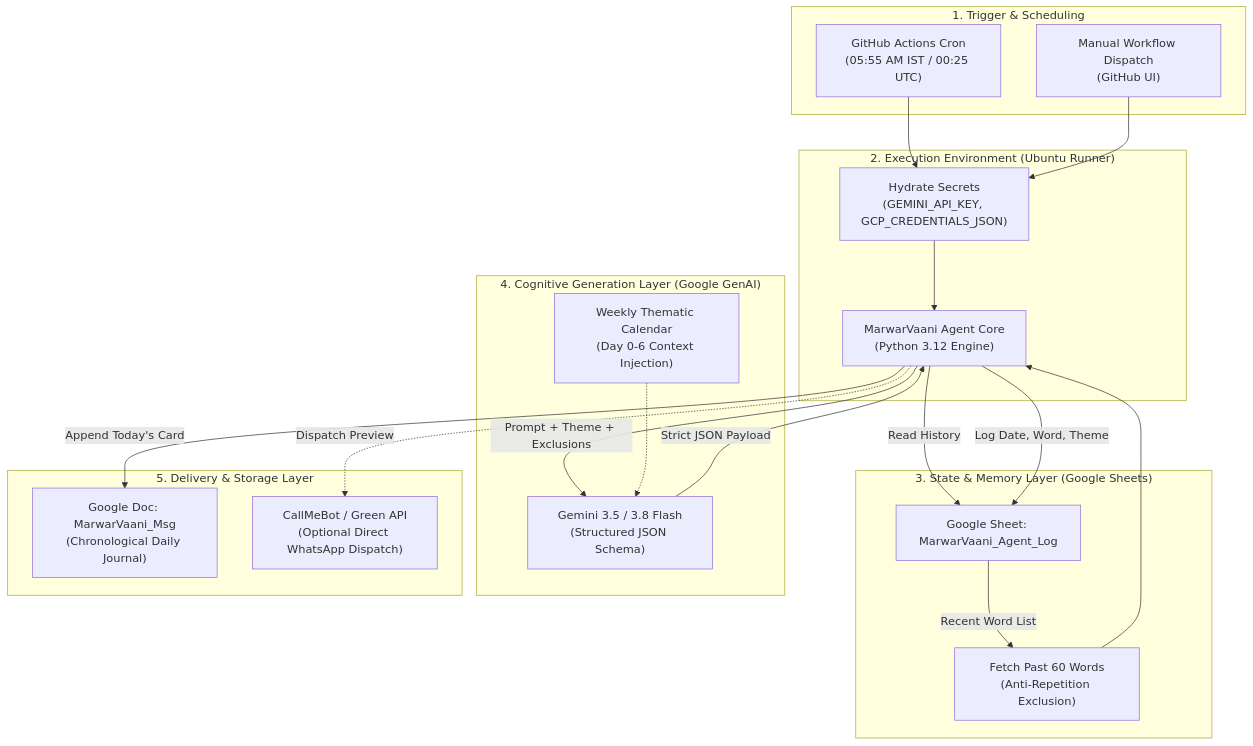
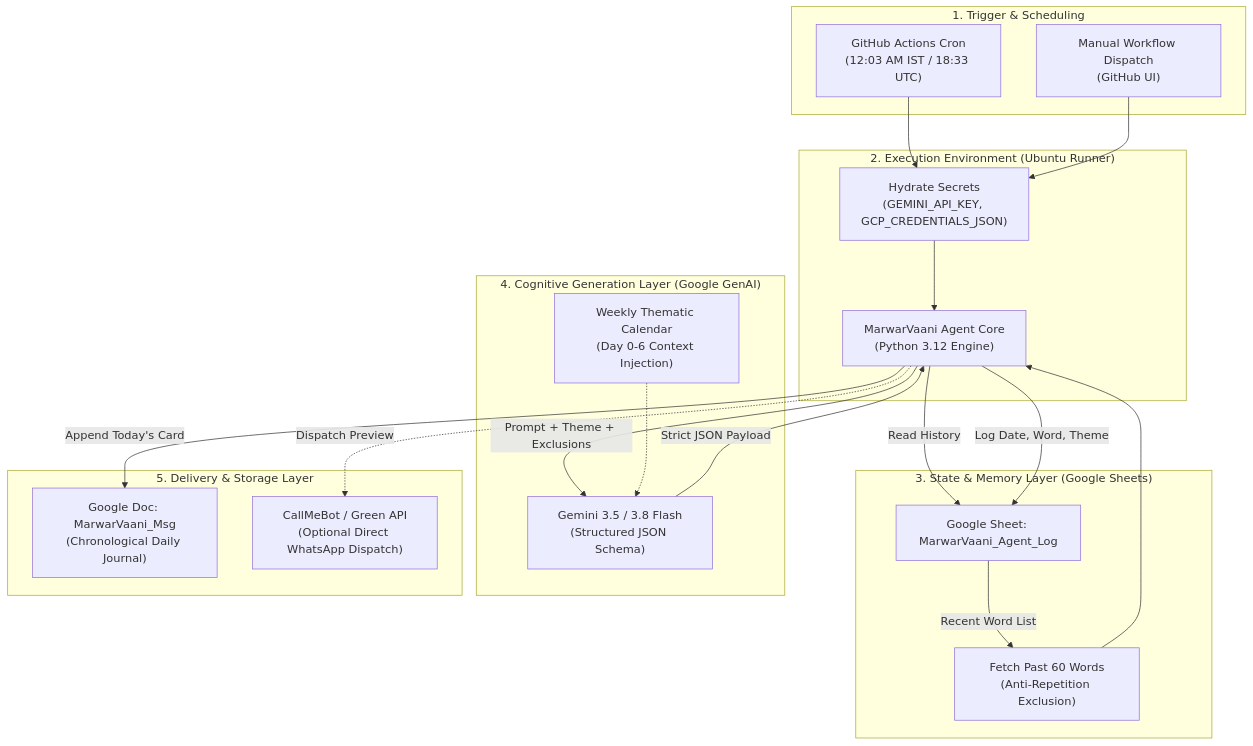
The first of 3 diagrams in ARCHITECTURE.md (piyush-laddha/MarwarVaani), drawn with Mermaid before and after one commit. The commit also changed other lines of this file and 4 other files, not shown here.

Commit message:
Fix Google Doc newline bloat, remove links from Pages, and set experimental cron to 12:03 AM IST

````diff
--- a/ARCHITECTURE.md
+++ b/ARCHITECTURE.md
@@ -20,43 +20,43 @@
 ```mermaid
 flowchart TD
     subgraph Trigger["1. Trigger & Scheduling"]
-        Cron["GitHub Actions Cron<br/>(05:55 AM IST / 00:25 UTC)"]
+        Cron["GitHub Actions Cron<br/>(12:03 AM IST / 18:33 UTC)"]
         Manual["Manual Workflow Dispatch<br/>(GitHub UI)"]
     end
 
     subgraph Runner["2. Execution Environment (Ubuntu Runner)"]
         EnvHydrate["Hydrate Secrets<br/>(GEMINI_API_KEY, GCP_CREDENTIALS_JSON)"]
         AgentCore["MarwarVaani Agent Core<br/>(Python 3.12 Engine)"]
     end
 
     subgraph StateStore["3. State & Memory Layer (Google Sheets)"]
         GSheets["Google Sheet: MarwarVaani_Agent_Log"]
         Dedupe["Fetch Past 60 Words<br/>(Anti-Repetition Exclusion)"]
     end
 
     subgraph AIEngine["4. Cognitive Generation Layer (Google GenAI)"]
         GeminiFlash["Gemini 3.5 / 3.8 Flash<br/>(Structured JSON Schema)"]
         ThematicCalendar["Weekly Thematic Calendar<br/>(Day 0-6 Context Injection)"]
     end
 
     subgraph Publishing["5. Delivery & Storage Layer"]
         GDoc["Google Doc: MarwarVaani_Msg<br/>(Chronological Daily Journal)"]
         WhatsApp["CallMeBot / Green API<br/>(Optional Direct WhatsApp Dispatch)"]
     end
 
     Cron --> EnvHydrate
     Manual --> EnvHydrate
     EnvHydrate --> AgentCore
 
     AgentCore -->|Read History| GSheets
     GSheets -->|Recent Word List| Dedupe
     Dedupe --> AgentCore
 
     AgentCore -->|Prompt + Theme + Exclusions| GeminiFlash
     ThematicCalendar -.-> GeminiFlash
     GeminiFlash -->|Strict JSON Payload| AgentCore
 
     AgentCore -->|Append Today's Card| GDoc
     AgentCore -->|Log Date, Word, Theme| GSheets
     AgentCore -.->|Dispatch Preview| WhatsApp
 ```
````
